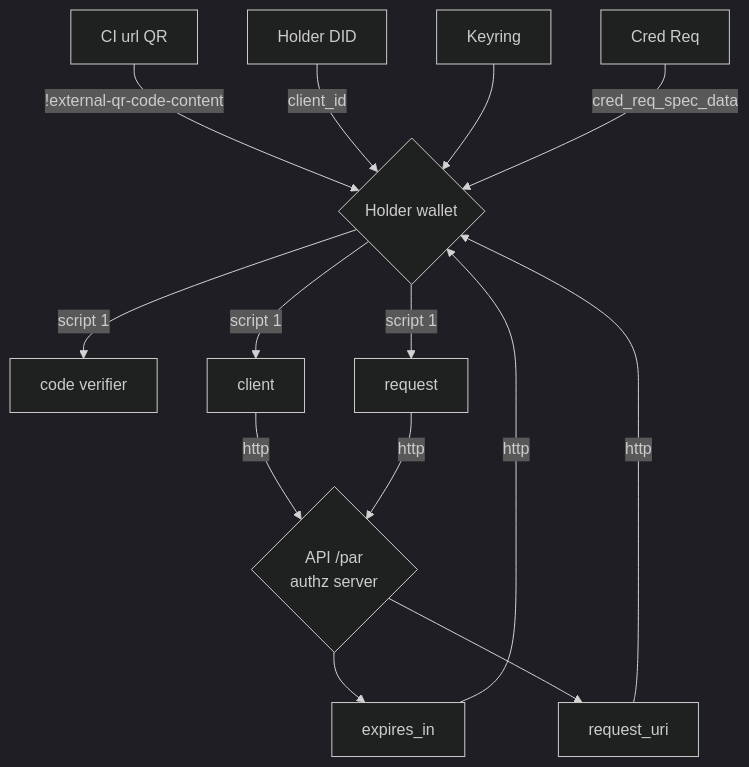
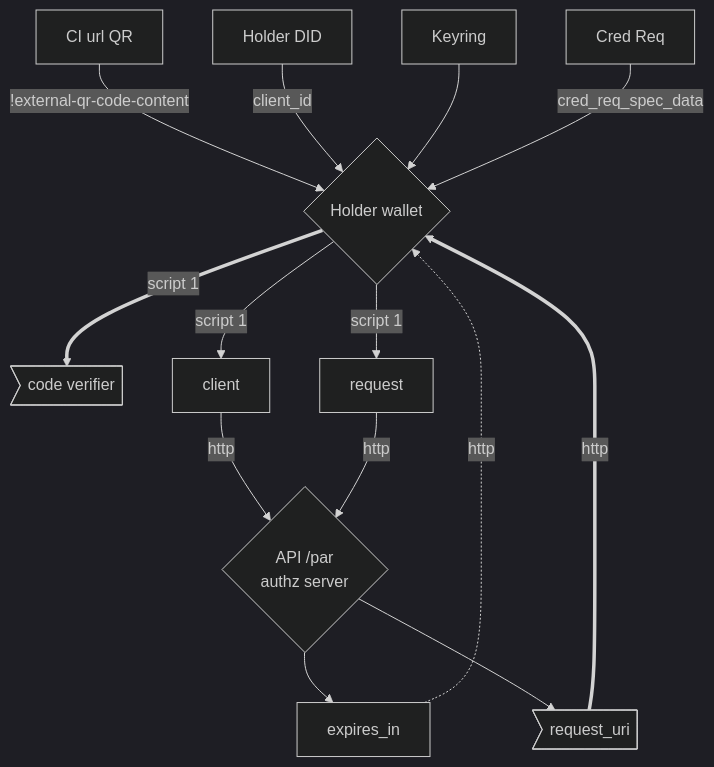
Before and after one commit to ForkbombEu/mobile_zencode: the second of 3 diagrams in wallet/auth-flow.md, drawn with Mermaid (dark theme). The commit also changed other lines of this file, not shown here.

Commit message:
auth flow shapes for results and hard coded data

````diff
--- a/wallet/auth-flow.md
+++ b/wallet/auth-flow.md
@@ -34,13 +34,13 @@
 ```mermaid
 flowchart TD
     A[CI url QR] -->|!external-qr-code-content| B
     D[Holder DID] -->|client_id| B
     K[Keyring] --> B
     R[Cred Req] -->|cred_req_spec_data| B
     B{Holder wallet}
-    B -->|script 1| code_ver[code verifier]
+    B ==>|script 1| code_ver>code verifier]
     B -->|script 1| client -->|http| par{API /par\nauthz server}
     B -->|script 1| request -->|http| par
-    par --> exp[expires_in] -->|http| B
-    par --> requr[request_uri] -->|http| B
+    par --> exp[expires_in] .->|http| B
+    par --> requr>request_uri] ==>|http| B
 ```
````
